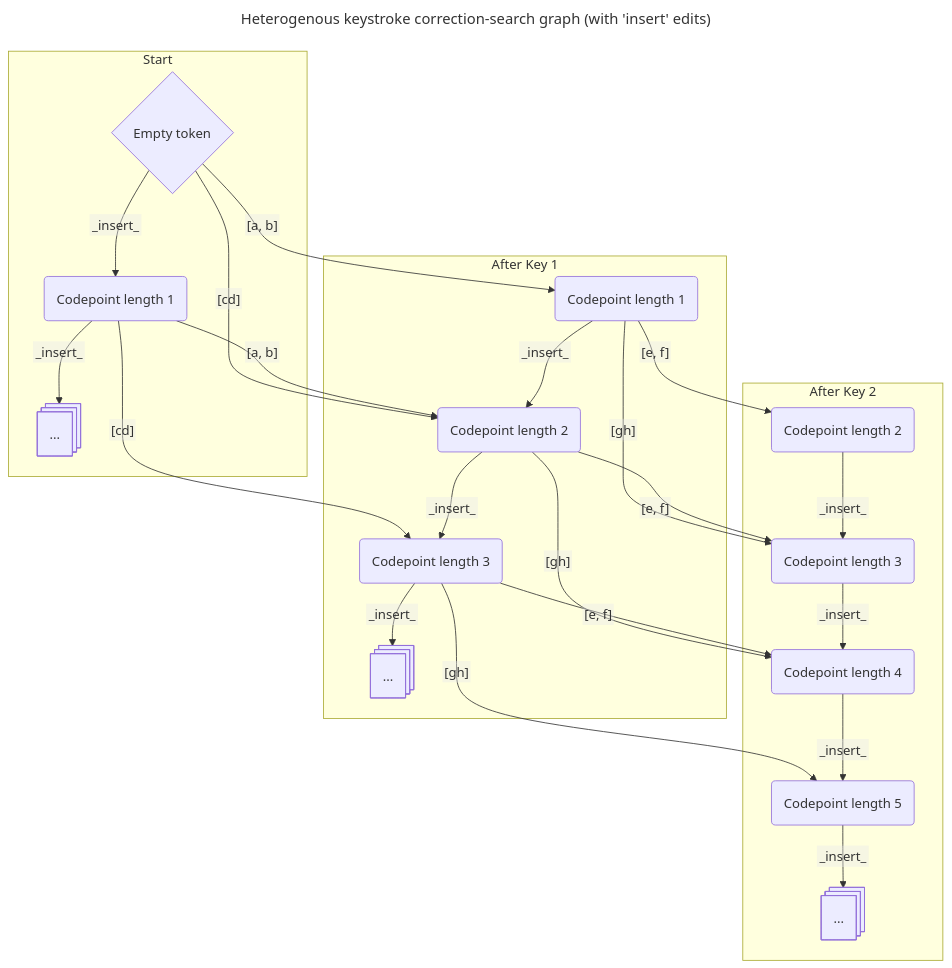
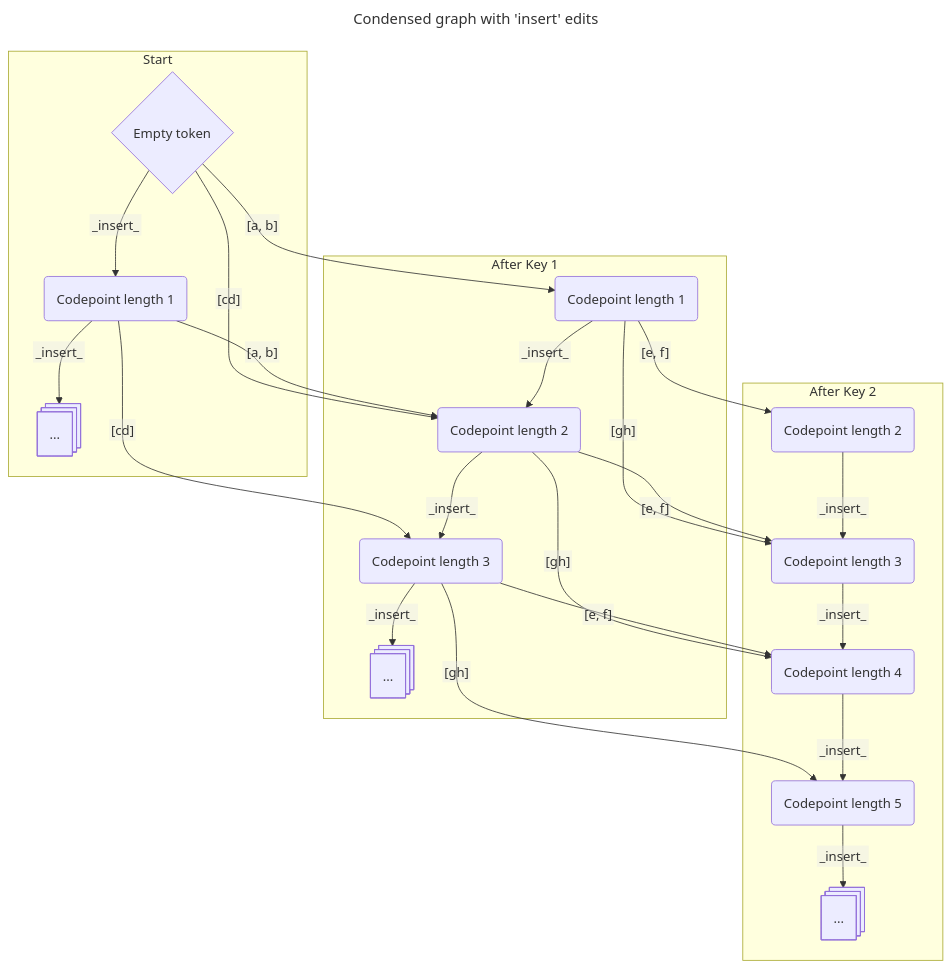
One commit to keymanapp/keyman changed the fifth of 8 diagrams in web/src/engine/predictive-text/worker-thread/docs/correction-search-graph.md. Above: the diagram before and after it, drawn with Mermaid. The commit also changed other lines of this file, not shown here.

Commit message:
docs(web): completes first draft of the alternate approach for correction-search documentation

````diff
--- a/web/src/engine/predictive-text/worker-thread/docs/correction-search-graph.md
+++ b/web/src/engine/predictive-text/worker-thread/docs/correction-search-graph.md
@@ -503,41 +511,41 @@
 ```mermaid
 ---
-title: Heterogenous keystroke correction-search graph (with 'insert' edits)
+title: Condensed graph with 'insert' edits
 config:
   flowchart:
     htmlLabels: false
 ---
 flowchart TD;
     subgraph Start
         start{Empty token} -- _insert_ --> SC1(Codepoint length 1)
         SC1 -- _insert_ --> SC2@{ shape: processes, label: "..." }
     end
 
     subgraph After Key 1
         start -- [a, b] --> K1C1(Codepoint length 1)
         start -- [cd] --> K1C2(Codepoint length 2)
         K1C1 -- _insert_ --> K1C2(Codepoint length 2)
         SC1 -- [a, b] --> K1C2
         SC1 -- [cd] --> K1C3(Codepoint length 3)
         K1C2 -- _insert_ --> K1C3
         K1C3 -- _insert_ --> K1C4@{ shape: processes, label: "..." }
     end
 
     subgraph After Key 2
         K1C1 -- [e, f] --> K2C2(Codepoint length 2)
 
         K1C1 -- [gh] --> K2C3(Codepoint length 3)
         K2C2 -- _insert_ --> K2C3
 
         K1C2 -- [e, f] --> K2C3
 
         K1C2 -- [gh] --> K2C4(Codepoint length 4)
         K2C3 -- _insert_ --> K2C4
         K1C3 -- [e, f] --> K2C4
 
         K1C3 -- [gh] --> K2C5(Codepoint length 5)
         K2C4 -- _insert_ --> K2C5
 
         K2C5 -- _insert_ --> K2C6@{ shape: processes, label: "..." }
     end
 ```
````
